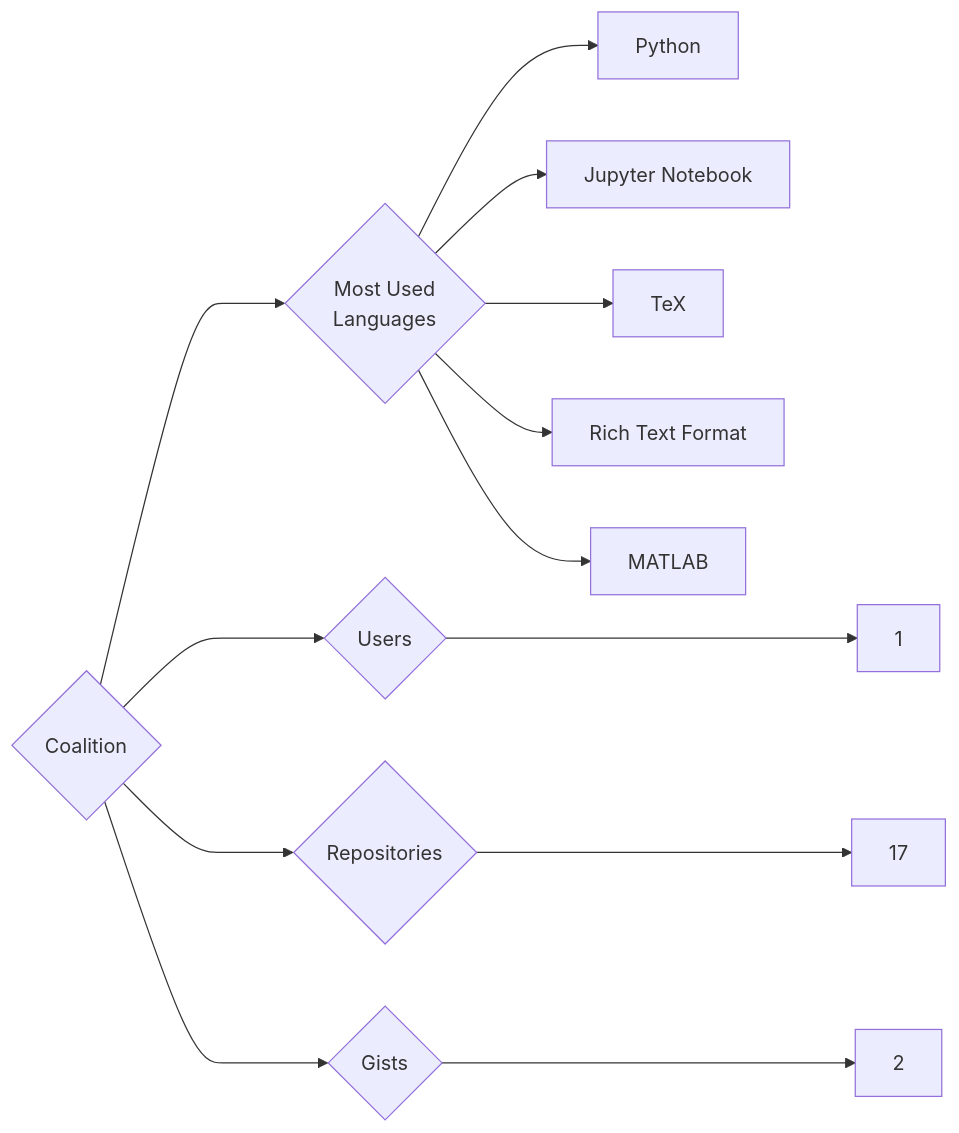
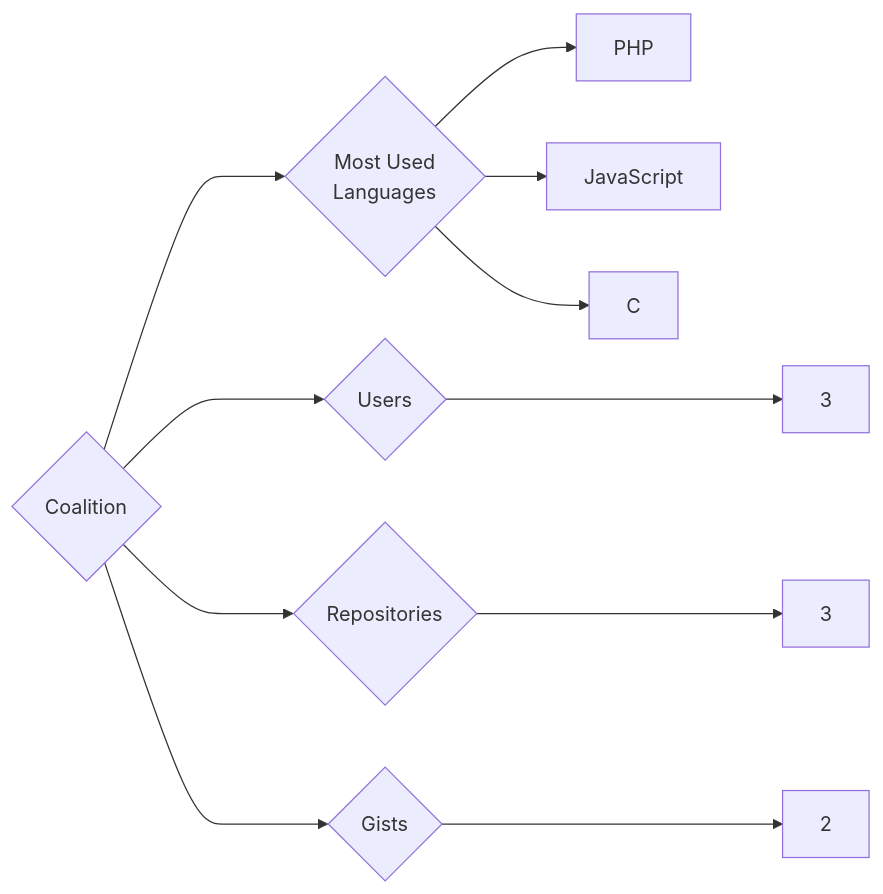
The diagram in targets/Coalition/README.md (trickest/insiders), drawn with Mermaid before and after one commit. The commit also changed 618 other files, not shown here.

````diff
--- a/targets/Coalition/README.md
+++ b/targets/Coalition/README.md
@@ -3,13 +3,11 @@
 ```mermaid
 graph LR
 COMPANY_NAME{Coalition}
-COMPANY_NAME ---> U{Users} ---> UN[1]
-COMPANY_NAME ---> R{Repositories} ---> RN[17]
+COMPANY_NAME ---> U{Users} ---> UN[3]
+COMPANY_NAME ---> R{Repositories} ---> RN[3]
 COMPANY_NAME ---> G{Gists} ---> GN[2]
 COMPANY_NAME ---> ML{Most Used<br>Languages}
-ML --> Python[Python]
-ML --> Jupyter_Notebook[Jupyter Notebook]
-ML --> TeX[TeX]
-ML --> Rich_Text_Format[Rich Text Format]
-ML --> MATLAB[MATLAB]
+ML --> PHP[PHP]
+ML --> JavaScript[JavaScript]
+ML --> C[C]
 ```
````
